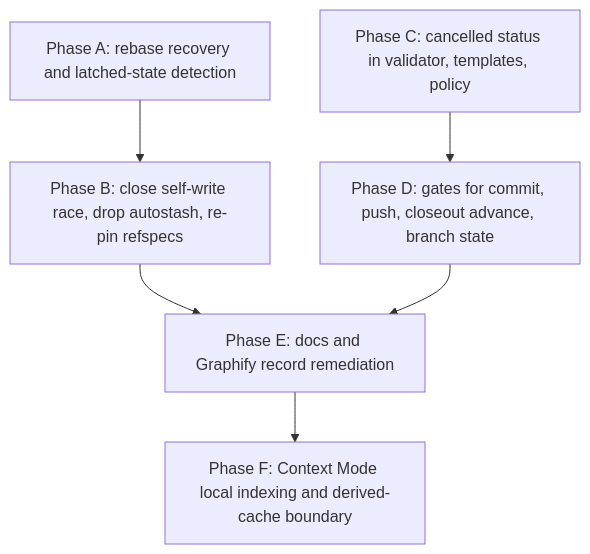
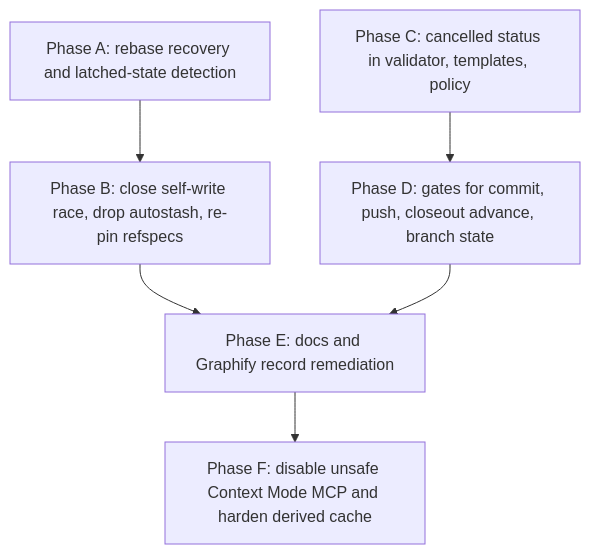
Before and after one commit to Ghisso/github_copilot_bootstrap: the diagram in plans/state-sync-recovery-and-plan-cancellation.md, drawn with Mermaid. The commit also changed other lines of this file and 18 other files, not shown here.

````diff
--- a/plans/state-sync-recovery-and-plan-cancellation.md
+++ b/plans/state-sync-recovery-and-plan-cancellation.md
@@ -343,8 +359,8 @@
 ```mermaid
 flowchart TD
     A["Phase A: rebase recovery and latched-state detection"] --> B["Phase B: close self-write race, drop autostash, re-pin refspecs"]
     C["Phase C: cancelled status in validator, templates, policy"] --> D["Phase D: gates for commit, push, closeout advance, branch state"]
     B --> E["Phase E: docs and Graphify record remediation"]
     D --> E
-    E --> F["Phase F: Context Mode local indexing and derived-cache boundary"]
+    E --> F["Phase F: disable unsafe Context Mode MCP and harden derived cache"]
 ```
````
